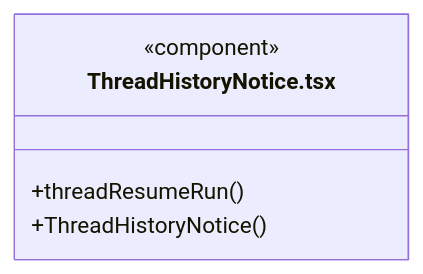
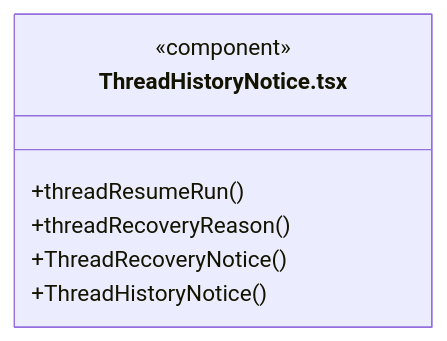
Before and after one commit to nan023062/cbim: diagram 27 of 41 in src/frontend/conversation/ARCHITECTURE.md, drawn with Mermaid. The commit also changed other lines of this file and 13 other files, not shown here.

````diff
--- a/src/frontend/conversation/ARCHITECTURE.md
+++ b/src/frontend/conversation/ARCHITECTURE.md
@@ -392,8 +392,10 @@
 ```mermaid
 classDiagram
 class N_src_frontend_conversation_ThreadHistoryNotice_tsx["ThreadHistoryNotice.tsx"] {
   <<component>>
   +threadResumeRun()
+  +threadRecoveryReason()
+  +ThreadRecoveryNotice()
   +ThreadHistoryNotice()
 }
 ```
````
